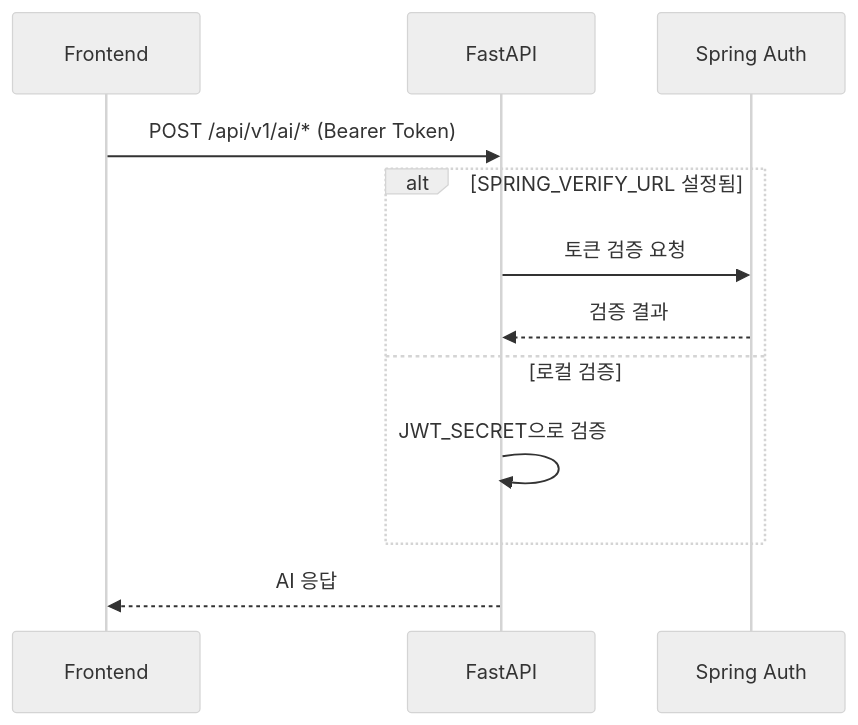
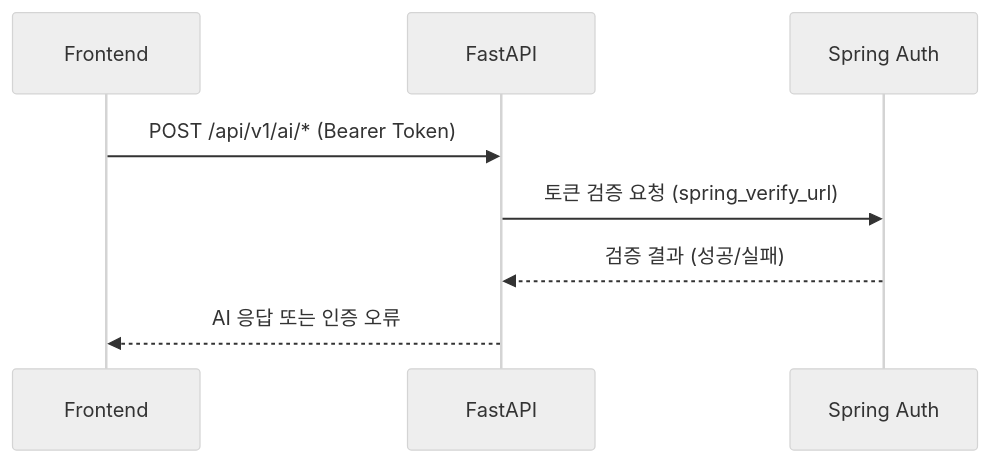
Before and after one commit to ramyo564/L_N_Project: the tenth of 10 diagrams in Backend/README.md, drawn with Mermaid (neutral theme). The commit also changed other lines of this file and 6 other files, not shown here.

````diff
--- a/Backend/README.md
+++ b/Backend/README.md
@@ -680,15 +685,11 @@
 ```mermaid
 sequenceDiagram
     participant F as Frontend
     participant FA as FastAPI
     participant S as Spring Auth
 
     F->>FA: POST /api/v1/ai/* (Bearer Token)
-    alt SPRING_VERIFY_URL 설정됨
-        FA->>S: 토큰 검증 요청
-        S-->>FA: 검증 결과
-    else 로컬 검증
-        FA->>FA: JWT_SECRET으로 검증
-    end
-    FA-->>F: AI 응답
+    FA->>S: 토큰 검증 요청 (spring_verify_url)
+    S-->>FA: 검증 결과 (성공/실패)
+    FA-->>F: AI 응답 또는 인증 오류
 ```
````
